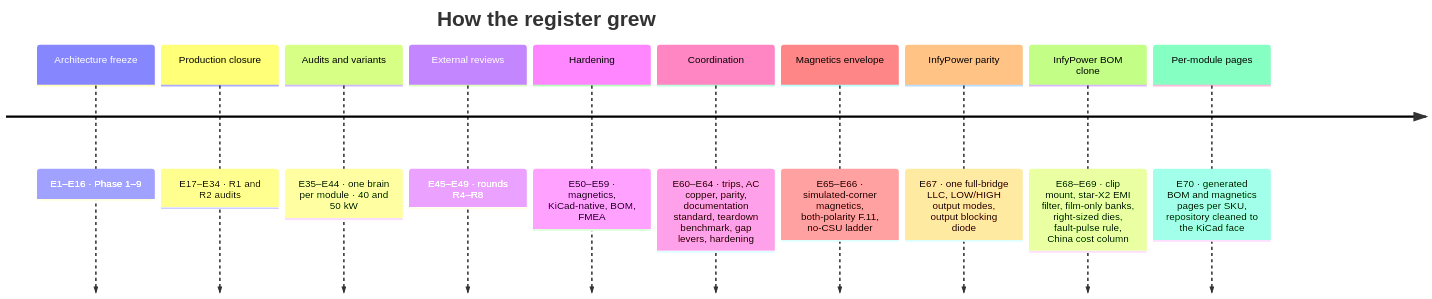
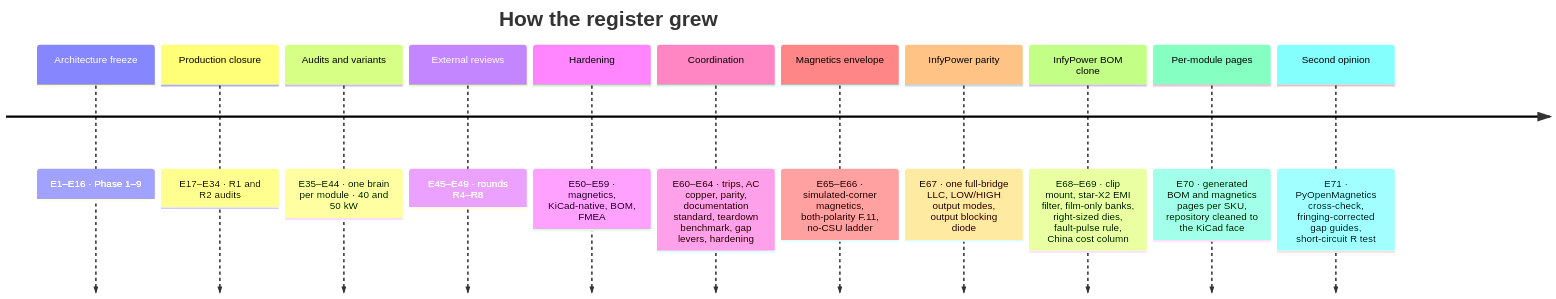
One commit to vectivolt/DC-Modules changed the diagram in docs/assumptions.md. Above: the diagram before and after it, drawn with Mermaid. The commit also changed other lines of this file and 82 other files, not shown here.

````diff
--- a/docs/assumptions.md
+++ b/docs/assumptions.md
@@ -38,14 +38,15 @@
 ```mermaid
 timeline
   title How the register grew
   Architecture freeze : E1–E16 · Phase 1–9
   Production closure : E17–E34 · R1 and R2 audits
   Audits and variants : E35–E44 · one brain per module · 40 and 50 kW
   External reviews : E45–E49 · rounds R4–R8
   Hardening : E50–E59 · magnetics, KiCad-native, BOM, FMEA
   Coordination : E60–E64 · trips, AC copper, parity, documentation standard, teardown benchmark, gap levers, hardening
   Magnetics envelope : E65–E66 · simulated-corner magnetics, both-polarity F.11, no-CSU ladder
   InfyPower parity : E67 · one full-bridge LLC, LOW/HIGH output modes, output blocking diode
   InfyPower BOM clone : E68–E69 · clip mount, star-X2 EMI filter, film-only banks, right-sized dies, fault-pulse rule, China cost column
   Per-module pages : E70 · generated BOM and magnetics pages per SKU, repository cleaned to the KiCad face
+  Second opinion : E71 · PyOpenMagnetics cross-check, fringing-corrected gap guides, short-circuit R test
 ```
````
